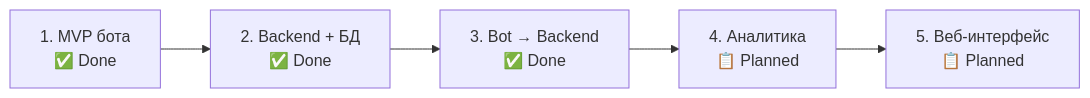
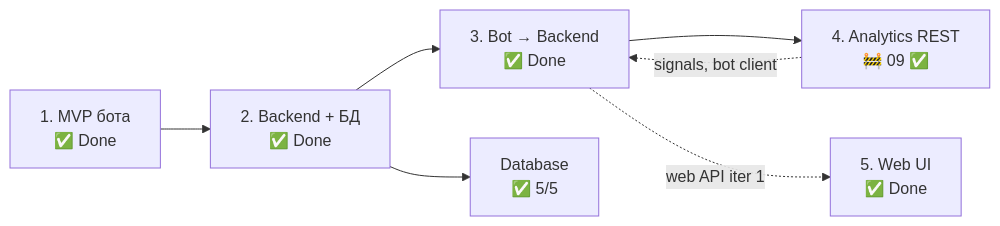
One commit to zatulik2606/diaai changed the diagram in docs/plan.md. Above: the diagram before and after it, drawn with Mermaid. The commit also changed other lines of this file and 41 other files, not shown here.

````diff
--- a/docs/plan.md
+++ b/docs/plan.md
@@ -35,10 +44,15 @@
 ```mermaid
 flowchart LR
     E1["1. MVP бота\n✅ Done"]
     E2["2. Backend + БД\n✅ Done"]
     E3["3. Bot → Backend\n✅ Done"]
-    E4["4. Аналитика\n📋 Planned"]
-    E5["5. Веб-интерфейс\n📋 Planned"]
+    E4["4. Analytics REST\n🚧 09 ✅"]
+    E5["5. Web UI\n✅ Done"]
+    DB["Database\n✅ 5/5"]
 
-    E1 --> E2 --> E3 --> E4 --> E5
+    E1 --> E2 --> E3
+    E3 --> E4
+    E2 --> DB
+    E3 -.->|"web API iter 1"| E5
+    E4 -.->|"signals, bot client"| E3
 ```
````
